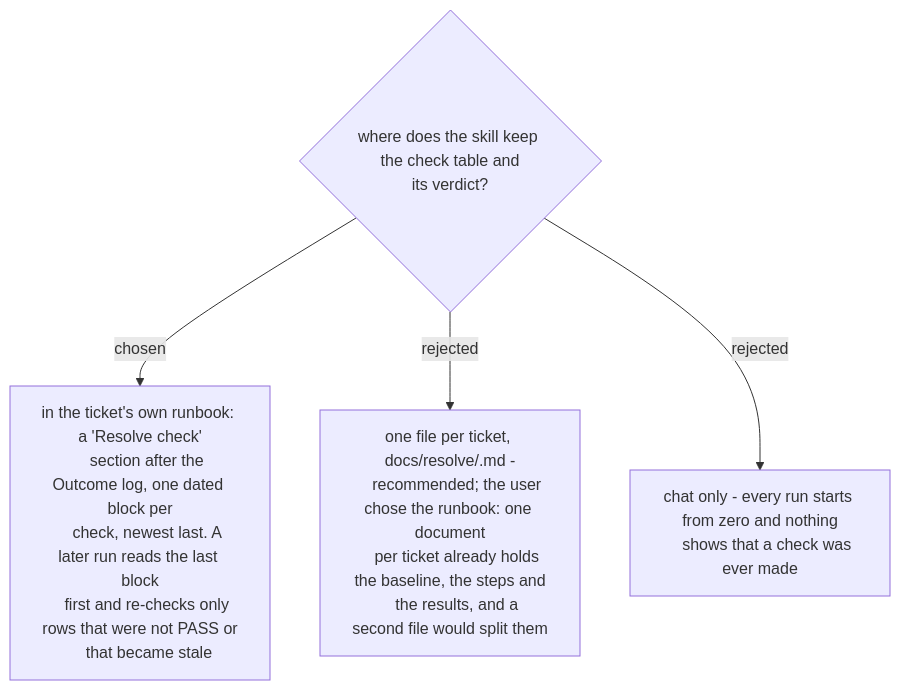
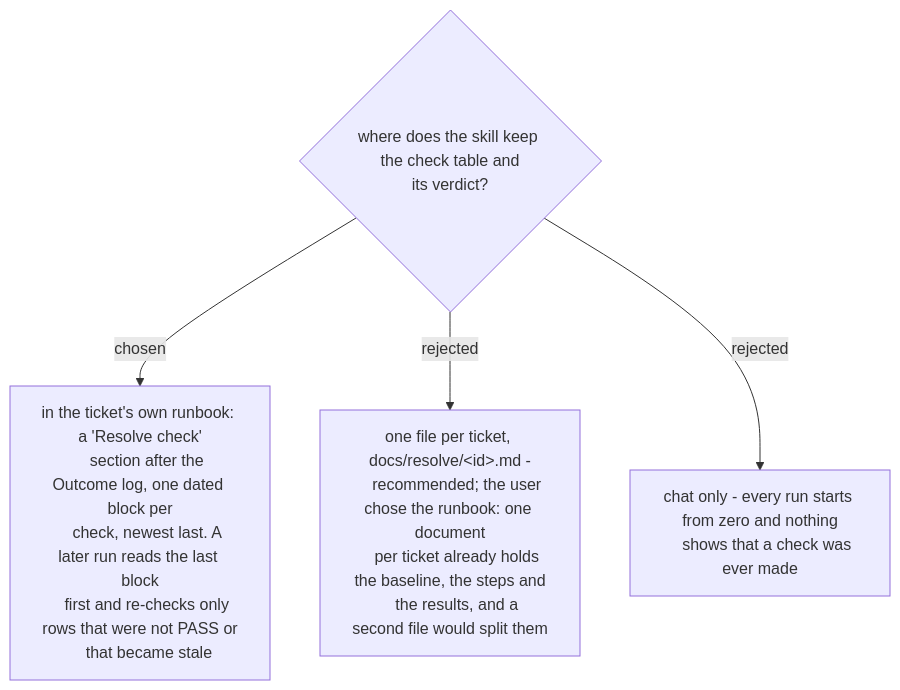
The diagram in docs/adr/workflow-daily-work-0325-the-check-is-appended-to-the-tickets-runbook-not-kept-in-a-file-of-its-own.md (ThodsaphonSonthiphin/workflow-daily-work), drawn with Mermaid before and after one commit. The commit also changed 10 other files, not shown here.

First line of the commit message:
docs(resolve-the-ticket): ADRs 0331-0333 - requirement-text staleness, split tables only, file-only runbook hand-off; spec says what the skill ships; eval 7; plan banner

````diff
--- a/docs/adr/workflow-daily-work-0325-the-check-is-appended-to-the-tickets-runbook-not-kept-in-a-file-of-its-own.md
+++ b/docs/adr/workflow-daily-work-0325-the-check-is-appended-to-the-tickets-runbook-not-kept-in-a-file-of-its-own.md
@@ -3,14 +3,14 @@
 ```mermaid
 flowchart TD
     Q{"where does the skill keep the check table and<br/>its verdict?"} -->|chosen| A["in the ticket's own runbook: a 'Resolve check'
     section after the Outcome log, one dated block per
     check, newest last. A later run reads the last block
     first and re-checks only rows that were not PASS or
     that became stale"]
-    Q -->|rejected| B["one file per ticket, docs/resolve/<id>.md -
+    Q -->|rejected| B["one file per ticket, docs/resolve/#lt;id#gt;.md -
     recommended; the user chose the runbook: one document
     per ticket already holds the baseline, the steps and
     the results, and a second file would split them"]
     Q -->|rejected| C["chat only - every run starts from zero and nothing
     shows that a check was ever made"]
 ```
````
